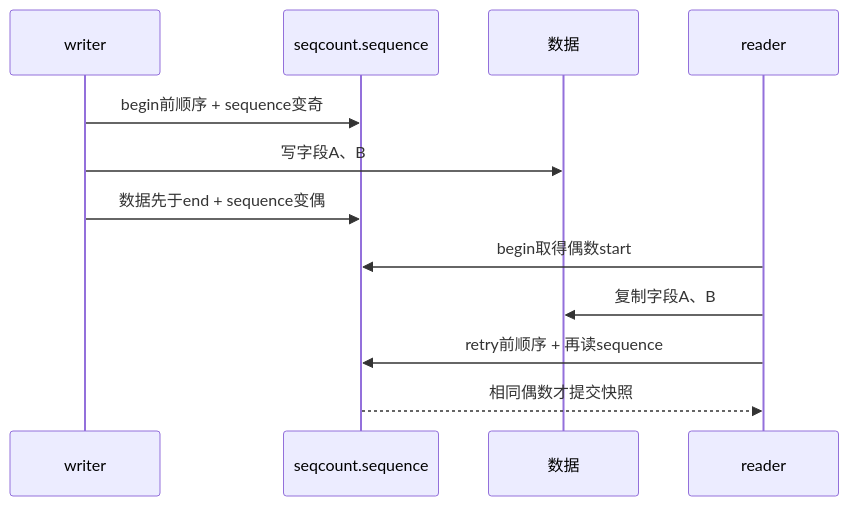
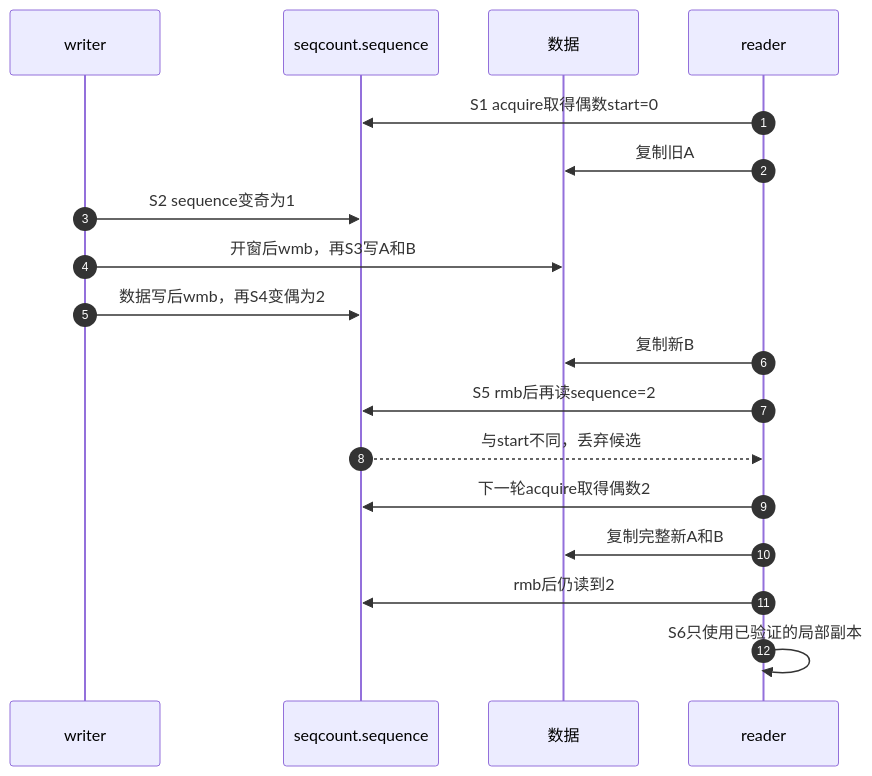
Before and after one commit to FormingSystem/linux_note: the third of 3 diagrams in knowledge/linux/synchronization_and_asynchrony/synchronization/sequence_counters/P03_seqcount读写路径与内存顺序.md, drawn with Mermaid. The commit also changed other lines of this file and 8 other files, not shown here.

````diff
--- a/knowledge/linux/synchronization_and_asynchrony/synchronization/sequence_counters/P03_seqcount读写路径与内存顺序.md
+++ b/knowledge/linux/synchronization_and_asynchrony/synchronization/sequence_counters/P03_seqcount读写路径与内存顺序.md
@@ -41,15 +59,21 @@
 ```mermaid
 sequenceDiagram
+    autonumber
     participant W as writer
     participant S as seqcount.sequence
     participant D as 数据
     participant R as reader
 
-    W->>S: begin前顺序 + sequence变奇
-    W->>D: 写字段A、B
-    W->>S: 数据先于end + sequence变偶
-    R->>S: begin取得偶数start
-    R->>D: 复制字段A、B
-    R->>S: retry前顺序 + 再读sequence
-    S-->>R: 相同偶数才提交快照
+    R->>S: S1 acquire取得偶数start=0
+    R->>D: 复制旧A
+    W->>S: S2 sequence变奇为1
+    W->>D: 开窗后wmb，再S3写A和B
+    W->>S: 数据写后wmb，再S4变偶为2
+    R->>D: 复制新B
+    R->>S: S5 rmb后再读sequence=2
+    S-->>R: 与start不同，丢弃候选
+    R->>S: 下一轮acquire取得偶数2
+    R->>D: 复制完整新A和B
+    R->>S: rmb后仍读到2
+    R->>R: S6只使用已验证的局部副本
 ```
````
